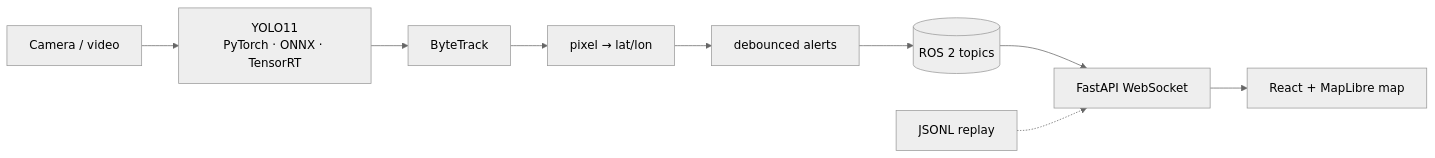
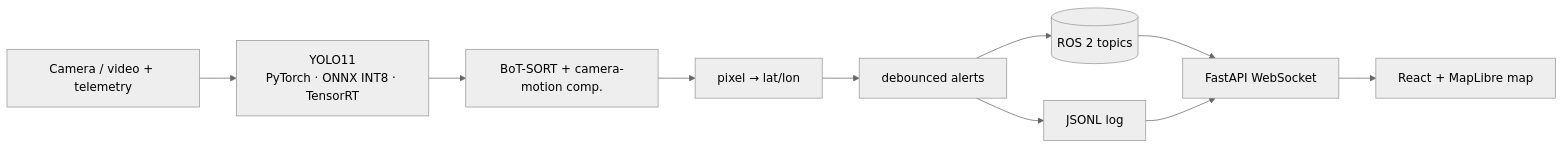
One commit to mustafarkhan/edge-situational-awareness changed the diagram in README.md. Above: the diagram before and after it, drawn with Mermaid (neutral theme). The commit also changed other lines of this file and 35 other files, not shown here.

````diff
--- a/README.md
+++ b/README.md
@@ -69,11 +178,12 @@
 ```mermaid
 flowchart LR
-    CAM[Camera / video] --> DET[YOLO11<br/>PyTorch · ONNX · TensorRT]
-    DET --> TRK[ByteTrack]
+    CAM[Camera / video + telemetry] --> DET[YOLO11<br/>PyTorch · ONNX INT8 · TensorRT]
+    DET --> TRK[BoT-SORT + camera-motion comp.]
     TRK --> GEO[pixel → lat/lon]
     GEO --> ALR[debounced alerts]
     ALR --> ROS[(ROS 2 topics)]
+    ALR --> JSONL[JSONL log]
     ROS --> WS[FastAPI WebSocket]
-    JSONL[JSONL replay] -.-> WS
+    JSONL --> WS
     WS --> MAP[React + MapLibre map]
 ```
````
